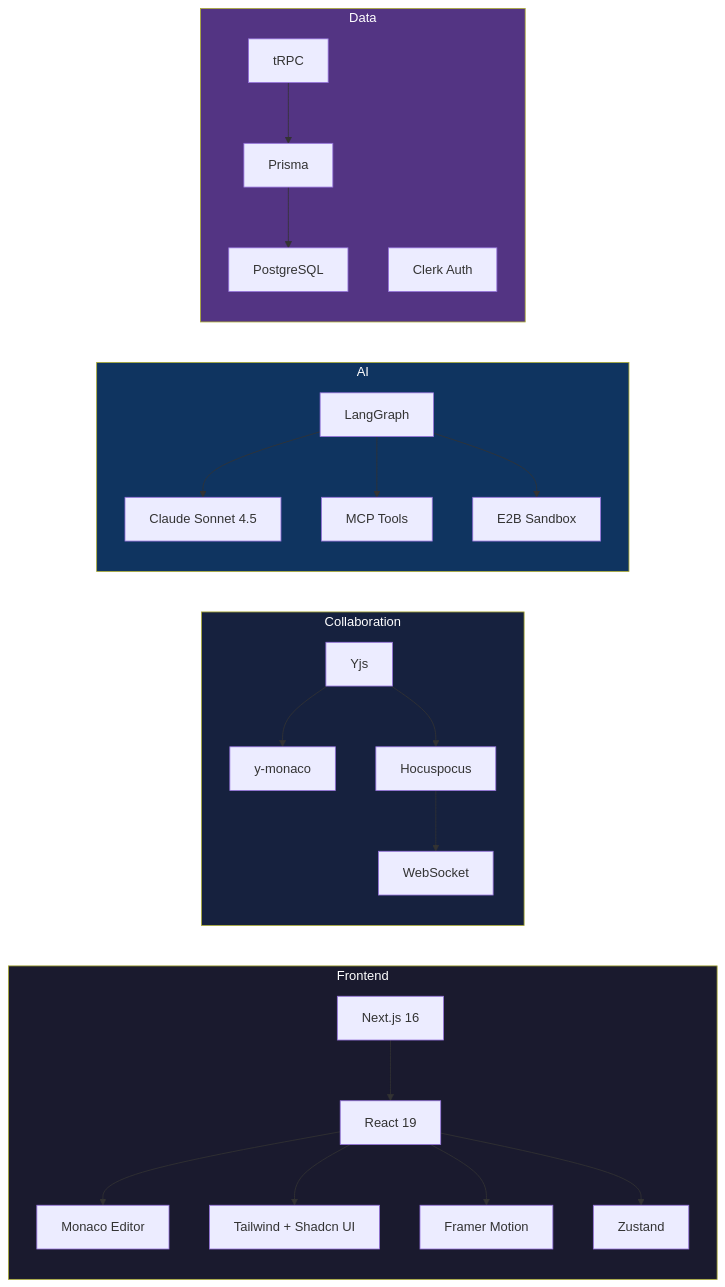
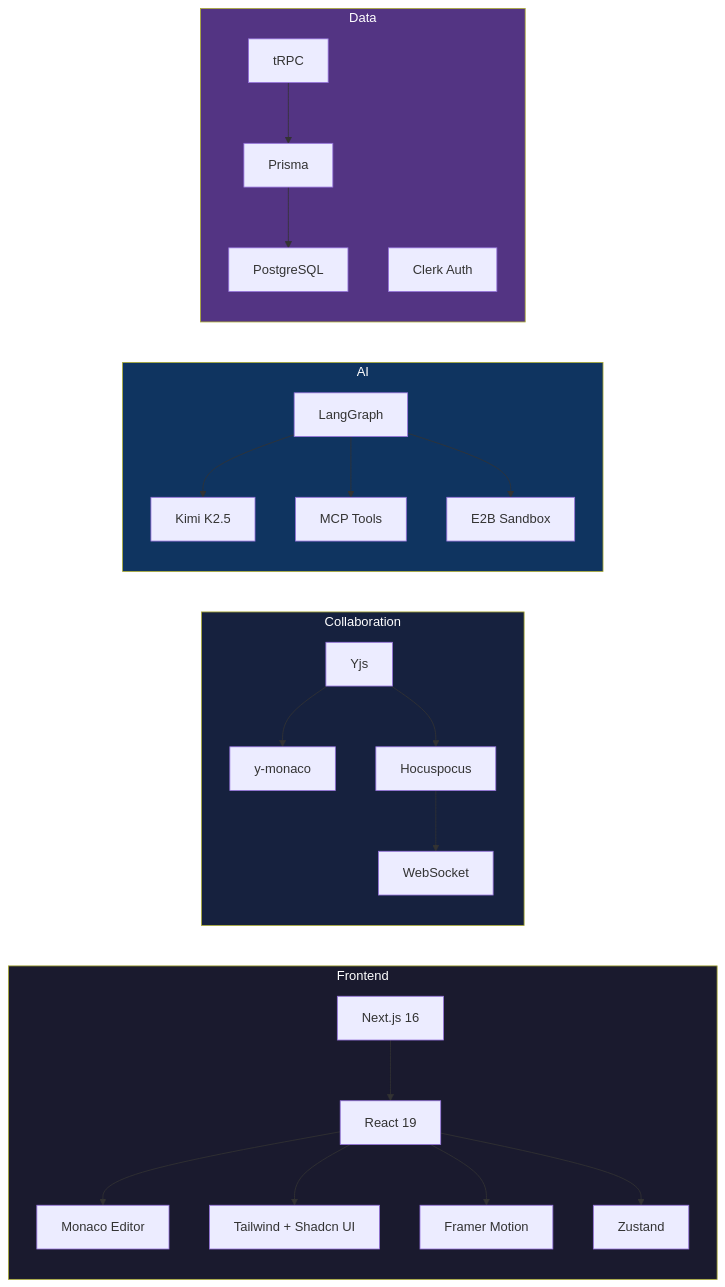
The fourth of 4 diagrams in README.md (kaifcoder/codevibe), drawn with Mermaid before and after one commit. The commit also changed other lines of this file and 23 other files, not shown here.

````diff
--- a/README.md
+++ b/README.md
@@ -166,33 +166,33 @@
 ```mermaid
 graph LR
     subgraph Frontend
         A[Next.js 16] --> B[React 19]
         B --> C[Monaco Editor]
         B --> D[Tailwind + Shadcn UI]
         B --> E[Framer Motion]
         B --> F[Zustand]
     end
 
     subgraph Collaboration
         G[Yjs] --> H[y-monaco]
         G --> I[Hocuspocus]
         I --> J[WebSocket]
     end
 
     subgraph AI
-        K[LangGraph] --> L[Claude Sonnet 4.5]
+        K[LangGraph] --> L[Kimi K2.5]
         K --> M[MCP Tools]
         K --> N[E2B Sandbox]
     end
 
     subgraph Data
         O[tRPC] --> P[Prisma]
         P --> Q[PostgreSQL]
         R[Clerk Auth]
     end
 
     style Frontend fill:#1a1a2e,color:#fff
     style Collaboration fill:#16213e,color:#fff
     style AI fill:#0f3460,color:#fff
     style Data fill:#533483,color:#fff
 ```
````
